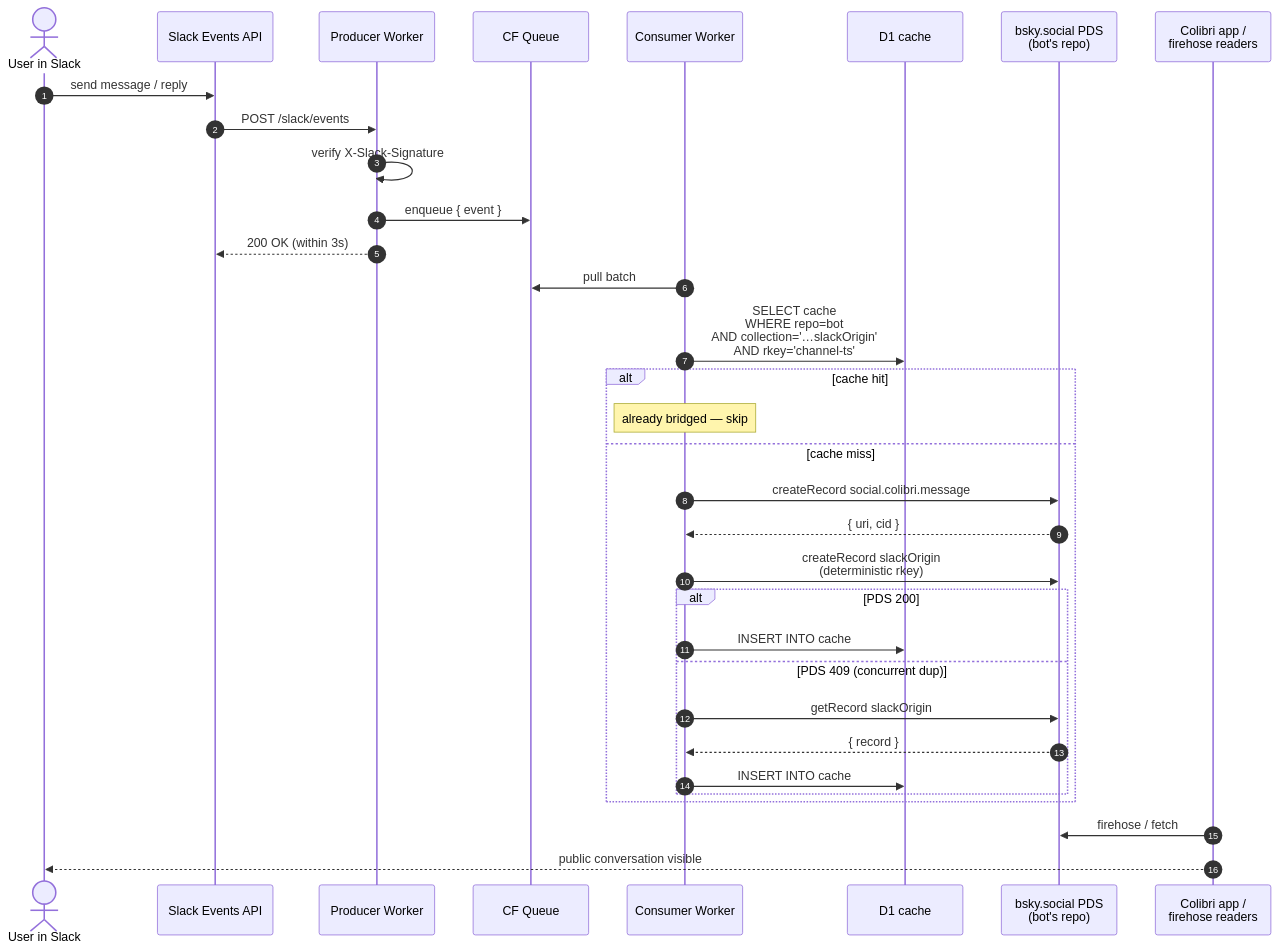
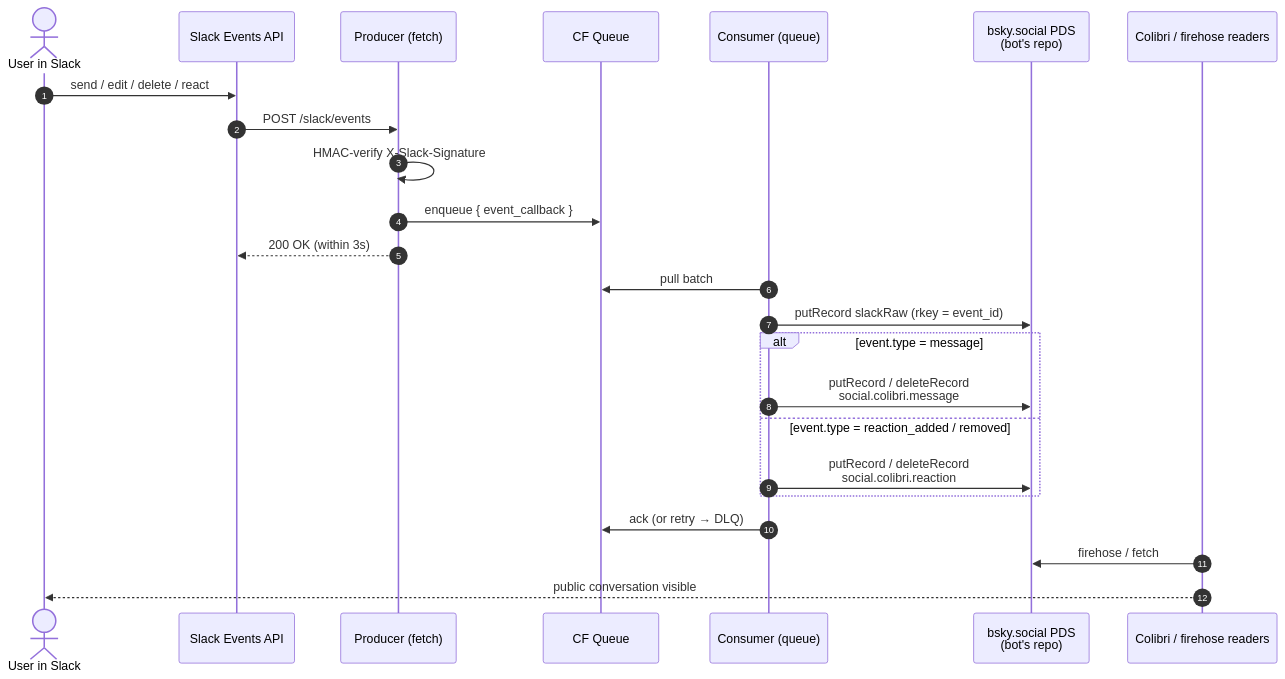
Before and after one commit to feelingofcomputing/wiki: the diagram in pages/slack-colibri-bridge.md, drawn with Mermaid. The commit also changed other lines of this file, not shown here.

First line of the commit message:
Slack-Colibri bridge: update proposal for v0 production status (#21)

````diff
--- a/pages/slack-colibri-bridge.md
+++ b/pages/slack-colibri-bridge.md
@@ -29,38 +40,29 @@
 ```mermaid
 sequenceDiagram
   autonumber
   actor U as User in Slack
   participant S as Slack Events API
-  participant P as Producer Worker
+  participant P as Producer (fetch)
   participant Q as CF Queue
-  participant C as Consumer Worker
-  participant DB as D1 cache
+  participant C as Consumer (queue)
   participant PDS as bsky.social PDS<br/>(bot's repo)
-  participant App as Colibri app /<br/>firehose readers
+  participant App as Colibri / firehose readers
 
-  U->>S: send message / reply
+  U->>S: send / edit / delete / react
   S->>P: POST /slack/events
-  P->>P: verify X-Slack-Signature
-  P->>Q: enqueue { event }
+  P->>P: HMAC-verify X-Slack-Signature
+  P->>Q: enqueue { event_callback }
   P-->>S: 200 OK (within 3s)
 
   C->>Q: pull batch
-  C->>DB: SELECT cache<br/>WHERE repo=bot<br/>AND collection='…slackOrigin'<br/>AND rkey='channel-ts'
-  alt cache hit
-    Note over C: already bridged — skip
-  else cache miss
-    C->>PDS: createRecord social.colibri.message
-    PDS-->>C: { uri, cid }
-    C->>PDS: createRecord slackOrigin<br/>(deterministic rkey)
-    alt PDS 200
-      C->>DB: INSERT INTO cache
-    else PDS 409 (concurrent dup)
-      C->>PDS: getRecord slackOrigin
-      PDS-->>C: { record }
-      C->>DB: INSERT INTO cache
-    end
+  C->>PDS: putRecord slackRaw (rkey = event_id)
+  alt event.type = message
+    C->>PDS: putRecord / deleteRecord<br/>social.colibri.message
+  else event.type = reaction_added / removed
+    C->>PDS: putRecord / deleteRecord<br/>social.colibri.reaction
   end
+  C->>Q: ack (or retry → DLQ)
 
   App->>PDS: firehose / fetch
   App-->>U: public conversation visible
 ```
````
